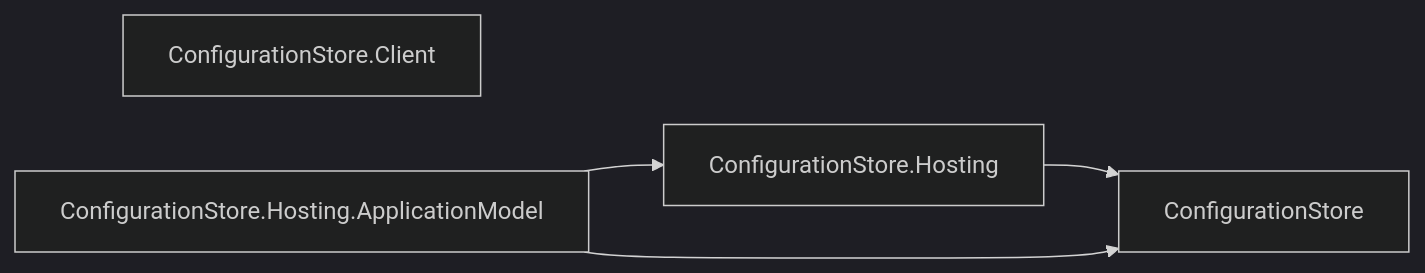
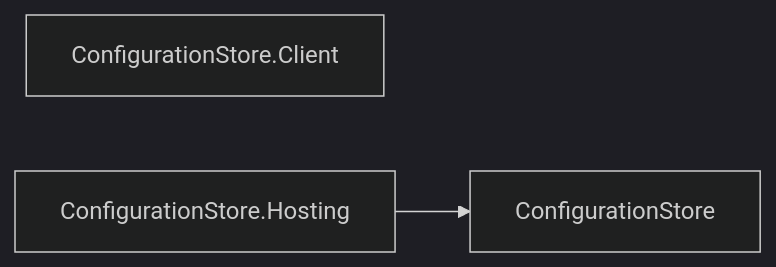
One commit to assimalign/cohesion changed diagram 13 of 27 in docs/DEPENDENCIES.md. Above: the diagram before and after it, drawn with Mermaid (dark theme). The commit also changed other lines of this file and 144 other files, not shown here.

First line of the commit message:
feat(fabric): add the fabric/ root with base application-model contracts

````diff
--- a/docs/DEPENDENCIES.md
+++ b/docs/DEPENDENCIES.md
@@ -620,10 +661,7 @@
 ```mermaid
 flowchart LR
     N0["ConfigurationStore"]
     N1["ConfigurationStore.Client"]
     N2["ConfigurationStore.Hosting"]
-    N3["ConfigurationStore.Hosting.ApplicationModel"]
     N2 --> N0
-    N3 --> N0
-    N3 --> N2
 ```
````
